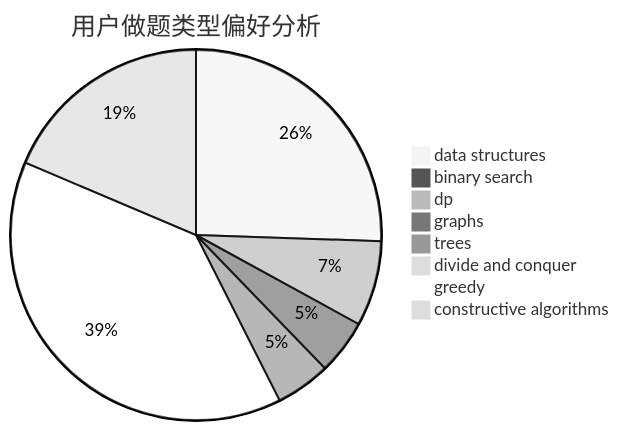
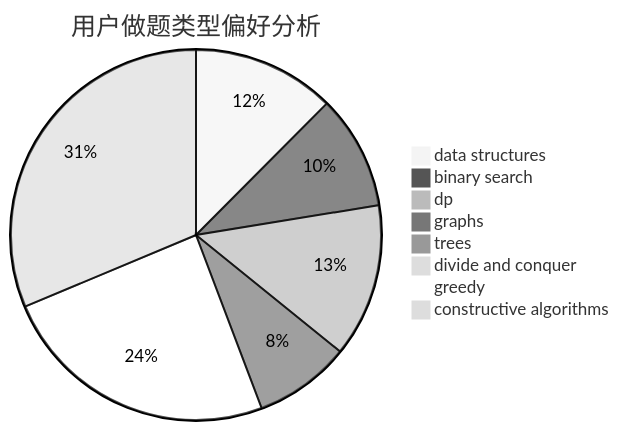
The second of 3 diagrams in docs/user/u1340.md (sherpahu/cfrs.github.io), drawn with Mermaid (neutral theme) before and after one commit. The commit also changed other lines of this file and 2770 other files, not shown here.

````diff
--- a/docs/user/u1340.md
+++ b/docs/user/u1340.md
@@ -23,11 +23,11 @@
 ```mermaid
 pie title 用户做题类型偏好分析
-    "data structures" :  48
-    "binary search" :  0
-    "dp" :  14
-    "graphs" :  9
-    "trees" :  9
+    "data structures" :  80
+    "binary search" :  64
+    "dp" :  86
+    "graphs" :  54
+    "trees" :  3
     "divide and conquer" :  0
-    "greedy" :  73
-    "constructive algorithms" :  35
+    "greedy" :  157
+    "constructive algorithms" :  201
 ```
````
